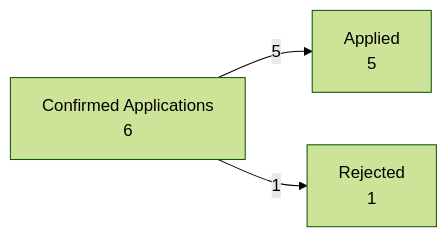
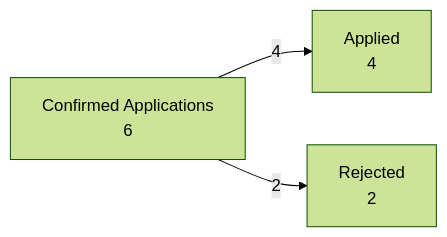
One commit to suhas-sunder/job-apps changed the diagram in Dashboard.md. Above: the diagram before and after it, drawn with Mermaid (forest theme). The commit also changed other lines of this file, not shown here.

````diff
--- a/Dashboard.md
+++ b/Dashboard.md
@@ -14,5 +14,5 @@
 ```mermaid
 flowchart LR
-    S["Confirmed Applications<br/>6"] -->|5| A["Applied<br/>5"]
-    S -->|1| R["Rejected<br/>1"]
+    S["Confirmed Applications<br/>6"] -->|4| A["Applied<br/>4"]
+    S -->|2| R["Rejected<br/>2"]
 ```
````
